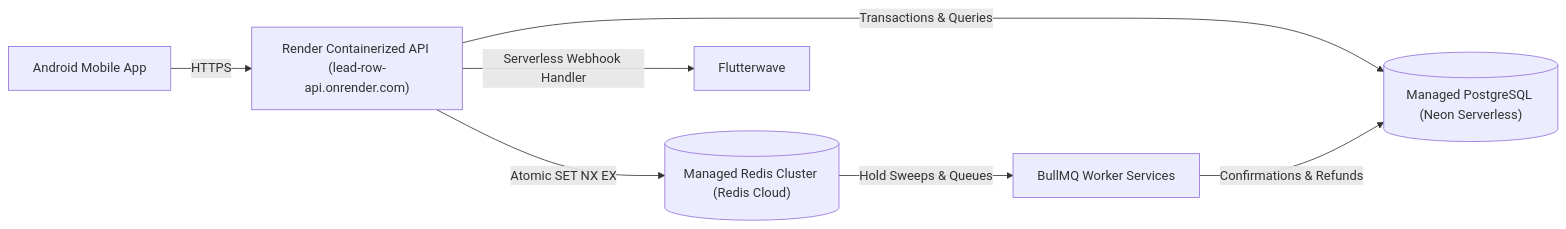
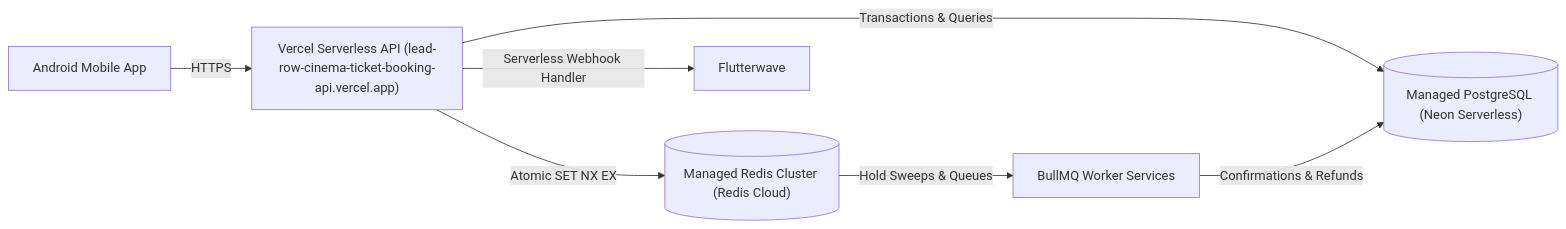
The first of 2 diagrams in README.md (Obajijames/Lead-Row--Matinee--Cinema-Ticket-Booking), drawn with Mermaid before and after one commit. The commit also changed other lines of this file, not shown here.

Commit message:
docs: set Vercel as primary live API deployment and Render as secondary

````diff
--- a/README.md
+++ b/README.md
@@ -72,9 +72,9 @@
 ```mermaid
 graph LR
-    User["Android Mobile App"] -->|HTTPS| Render["Render Containerized API (lead-row-api.onrender.com)"]
-    Render -->|Atomic SET NX EX| Redis[("Managed Redis Cluster (Redis Cloud)")]
-    Render -->|Transactions & Queries| Postgres[("Managed PostgreSQL (Neon Serverless)")]
-    Render -->|Serverless Webhook Handler| FLW["Flutterwave"]
+    User["Android Mobile App"] -->|HTTPS| Vercel["Vercel Serverless API (lead-row-cinema-ticket-booking-api.vercel.app)"]
+    Vercel -->|Atomic SET NX EX| Redis[("Managed Redis Cluster (Redis Cloud)")]
+    Vercel -->|Transactions & Queries| Postgres[("Managed PostgreSQL (Neon Serverless)")]
+    Vercel -->|Serverless Webhook Handler| FLW["Flutterwave"]
     Redis -->|Hold Sweeps & Queues| Workers["BullMQ Worker Services"]
     Workers -->|Confirmations & Refunds| Postgres
 ```
````
